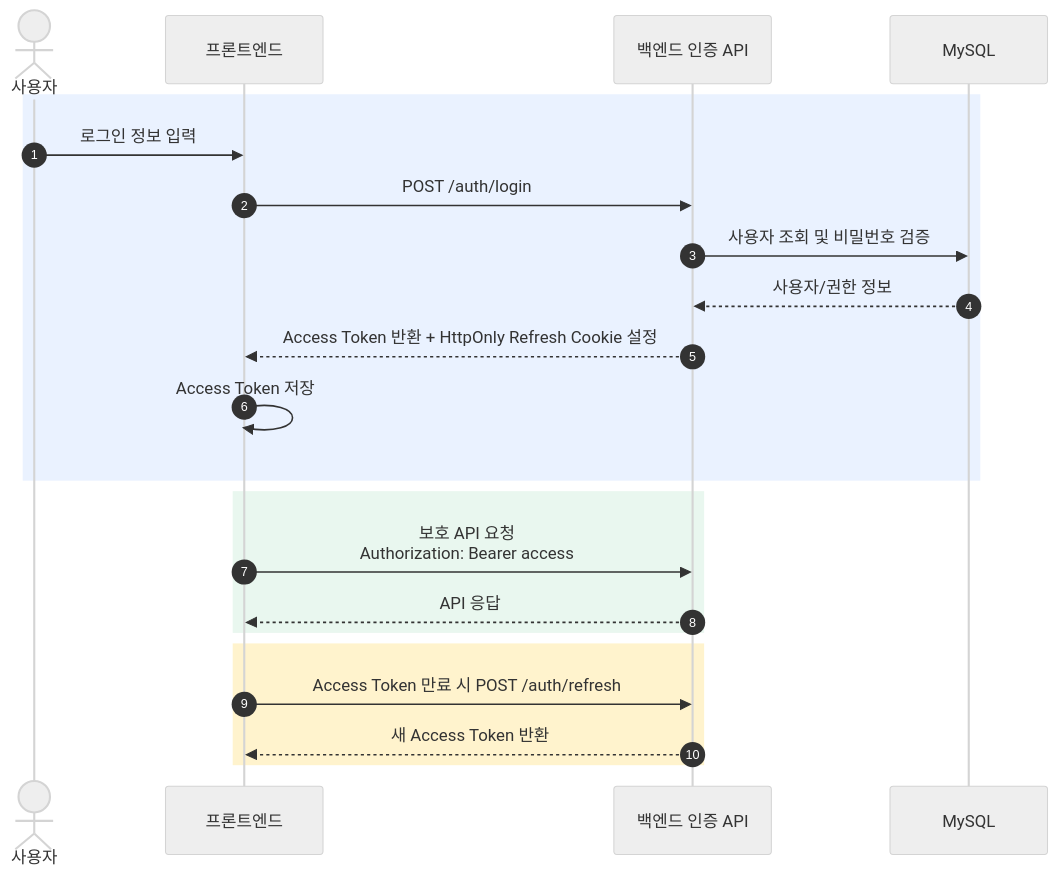
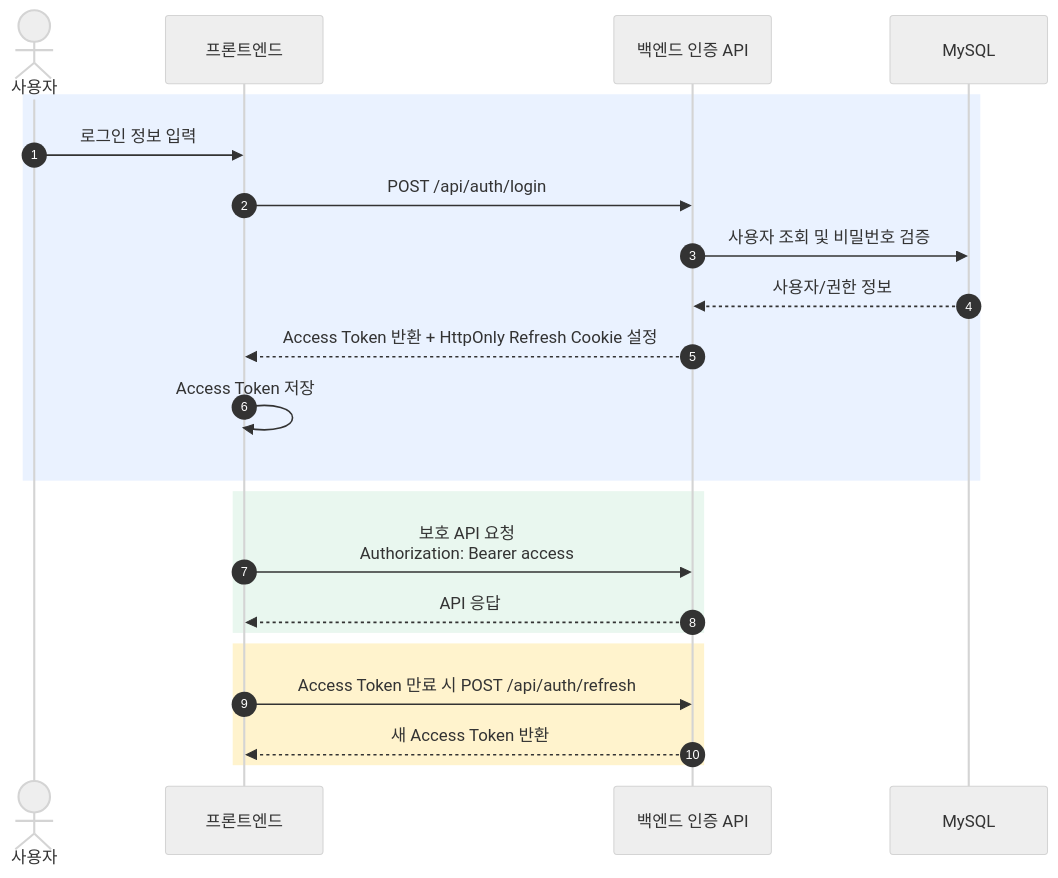
The fifth of 5 diagrams in docs/architecture-draft.md (sssat/graduation-project), drawn with Mermaid (neutral theme) before and after one commit. The commit also changed other lines of this file and 1 other file, not shown here.

````diff
--- a/docs/architecture-draft.md
+++ b/docs/architecture-draft.md
@@ -215,27 +232,27 @@
 ```mermaid
 sequenceDiagram
   autonumber
   actor U as 사용자
   participant F as 프론트엔드
   participant B as 백엔드 인증 API
   participant D as MySQL
 
   rect rgb(234, 242, 255)
   U->>F: 로그인 정보 입력
-  F->>B: POST /auth/login
+  F->>B: POST /api/auth/login
   B->>D: 사용자 조회 및 비밀번호 검증
   D-->>B: 사용자/권한 정보
   B-->>F: Access Token 반환 + HttpOnly Refresh Cookie 설정
   F->>F: Access Token 저장
   end
 
   rect rgb(233, 247, 239)
   F->>B: 보호 API 요청<br/>Authorization: Bearer access
   B-->>F: API 응답
   end
 
   rect rgb(255, 243, 205)
-  F->>B: Access Token 만료 시 POST /auth/refresh
+  F->>B: Access Token 만료 시 POST /api/auth/refresh
   B-->>F: 새 Access Token 반환
   end
 ```
````
